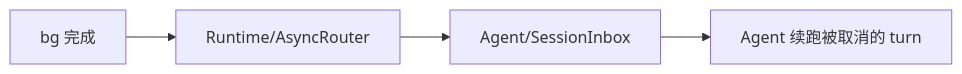
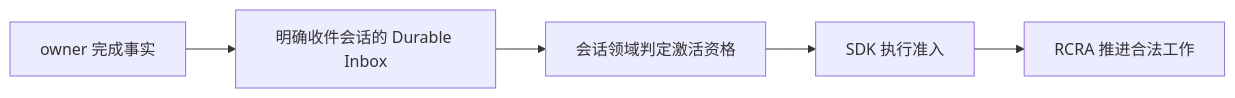
Before and after one commit to KonghaYao/peri: the fourth of 4 diagrams in docs/design/architecture.md, drawn with Mermaid. The commit also changed other lines of this file and 23 other files, not shown here.

Commit message:
docs: synchronize architecture and issue records

````diff
--- a/docs/design/architecture.md
+++ b/docs/design/architecture.md
@@ -195,6 +211,7 @@
 ```mermaid
 flowchart LR
-    Bg[bg 完成] --> R[Runtime/AsyncRouter]
-    R --> I[Agent/SessionInbox]
-    I --> A[Agent 续跑被取消的 turn]
+    Bg[owner 完成事实] --> I[明确收件会话的 Durable Inbox]
+    I --> P[会话领域判定激活资格]
+    P --> SDK[SDK 执行准入]
+    SDK --> A[RCRA 推进合法工作]
 ```
````
